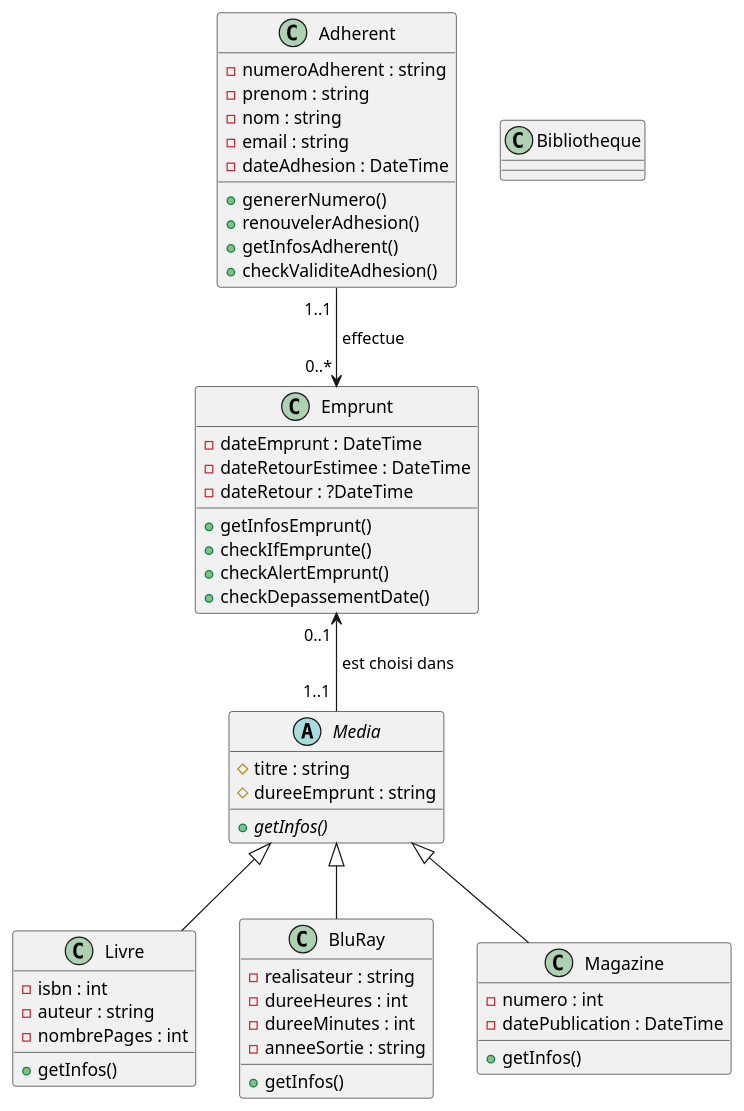
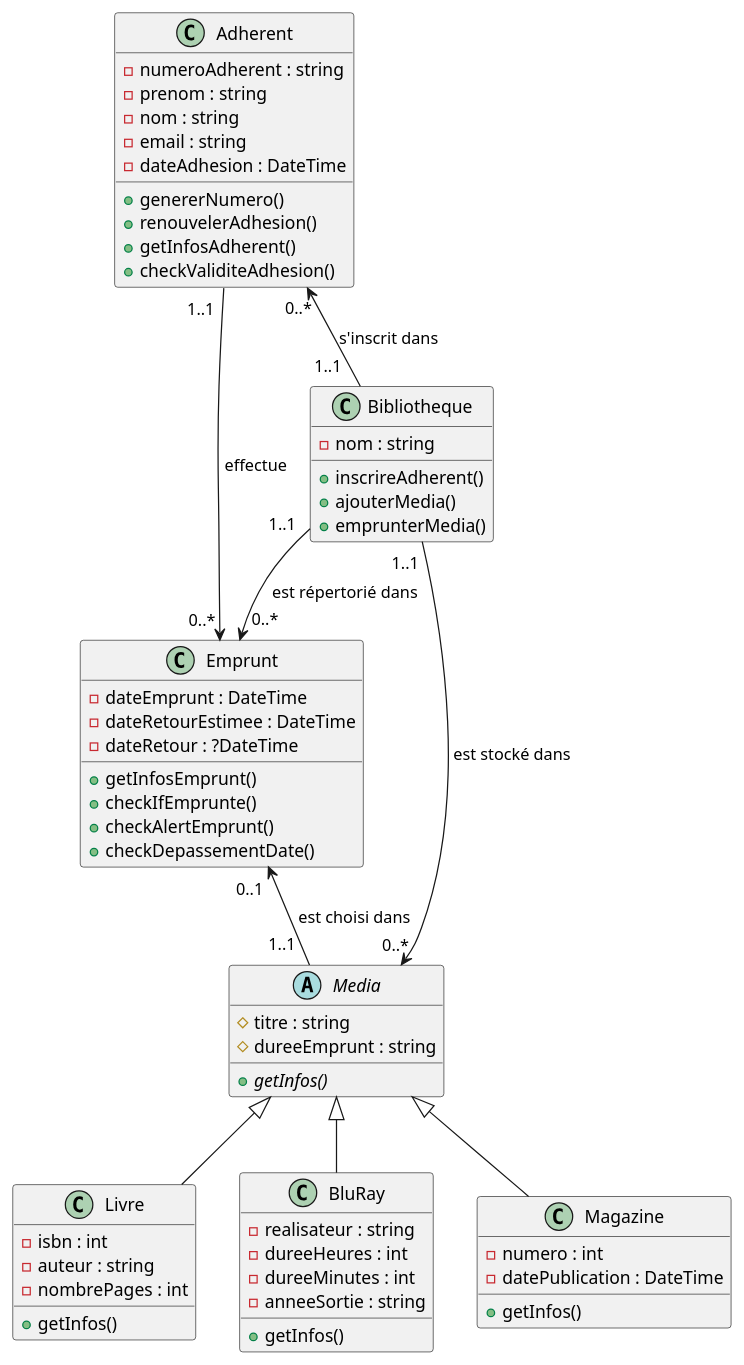
One commit to nathanpierret/php-bibliotheque changed the diagram in documentation/Diagramme_de_classes.puml. Above: the diagram before and after it, drawn with PlantUML. The commit also changed 2 other files, not shown here.

Commit message:
Ajout classe Bibliotheque et fichier test

```diff
--- a/documentation/Diagramme_de_classes.puml
+++ b/documentation/Diagramme_de_classes.puml
@@ -1,62 +1,68 @@
 @startuml
 'https://plantuml.com/class-diagram
 
 abstract class Media {
 #titre : string
 #dureeEmprunt : string
 {abstract} +getInfos()
 }
 
 class Livre {
 -isbn : int
 -auteur : string
 -nombrePages : int
 +getInfos()
 }
 
 class BluRay {
 -realisateur : string
 -dureeHeures : int
 -dureeMinutes : int
 -anneeSortie : string
 +getInfos()
 }
 
 class Magazine {
 -numero : int
 -datePublication : DateTime
 +getInfos()
 }
 
 class Adherent {
 -numeroAdherent : string
 -prenom : string
 -nom : string
 -email : string
 -dateAdhesion : DateTime
 +genererNumero()
 +renouvelerAdhesion()
 +getInfosAdherent()
 +checkValiditeAdhesion()
 }
 
 class Emprunt {
 -dateEmprunt : DateTime
 -dateRetourEstimee : DateTime
 -dateRetour : ?DateTime
 +getInfosEmprunt()
 +checkIfEmprunte()
 +checkAlertEmprunt()
 +checkDepassementDate()
 }
 
 class Bibliotheque {
-
+-nom : string
++inscrireAdherent()
++ajouterMedia()
++emprunterMedia()
 }
 
 Media <|-- Livre
 Media <|-- Magazine
 Media <|-- BluRay
-Adherent "1..1 " --> "0..* " Emprunt : " effectue"
-Emprunt "0..1 " <-- "1..1 " Media : " est choisi dans"
+Adherent "1..1  " --> "0..* " Emprunt : " effectue"
+Emprunt "0..1  " <-- "1..1  " Media : " est choisi dans"
+Bibliotheque "1..1 " --> "0..*" Media : " est stocké dans"
+Bibliotheque "1..1 " --> "  0..*" Emprunt : " est répertorié dans"
+Adherent "0..*" <-- "1..1   " Bibliotheque : "s'inscrit dans"
 @enduml
```
